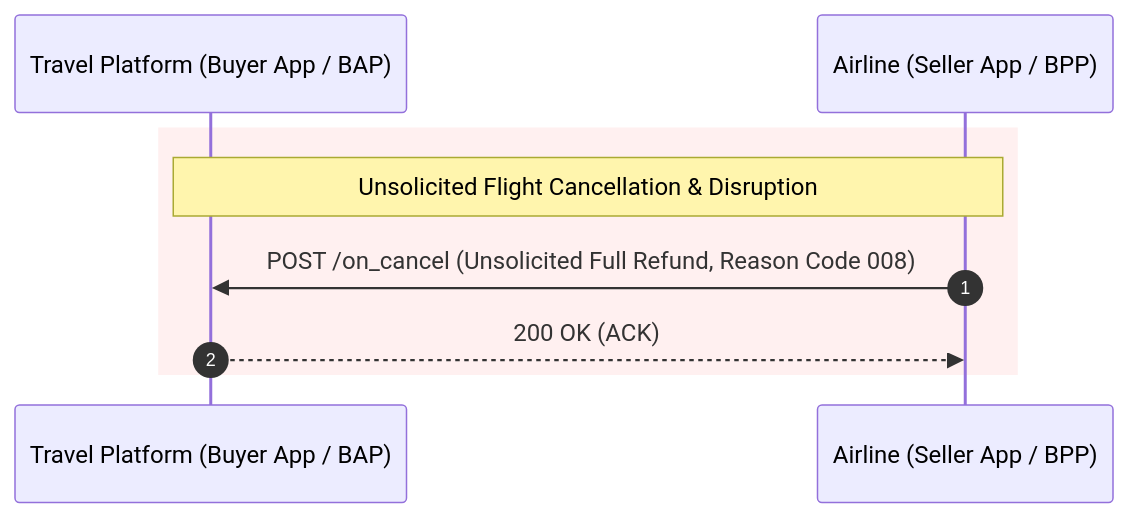
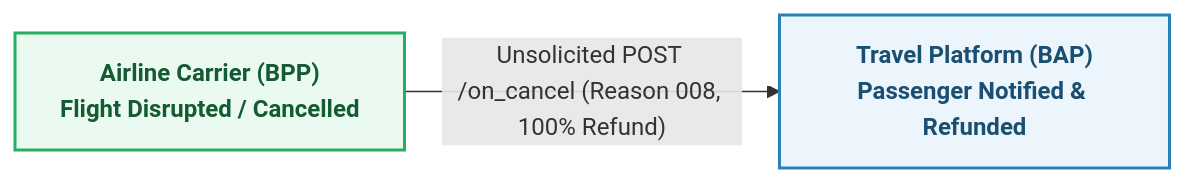
The fourth of 4 diagrams in config/docs/airline.md (ONDC-Official/automation-specifications), drawn with Mermaid before and after one commit. The commit also changed other lines of this file and 1 other file, not shown here.

````diff
--- a/config/docs/airline.md
+++ b/config/docs/airline.md
@@ -395,12 +341,10 @@
 ```mermaid
-sequenceDiagram
-    autonumber
-    participant BAP as Travel Platform (Buyer App / BAP)
-    participant BPP as Airline (Seller App / BPP)
+flowchart LR
+    classDef client fill:#EBF5FB,stroke:#2980B9,stroke-width:2px,color:#1B4F72,font-weight:bold;
+    classDef provider fill:#EAFAF1,stroke:#27AE60,stroke-width:2px,color:#145A32,font-weight:bold;
 
-    rect rgb(255, 240, 240)
-    Note over BAP,BPP: Unsolicited Flight Cancellation & Disruption
-    BPP->>BAP: POST /on_cancel (Unsolicited Full Refund, Reason Code 008)
-    BAP-->>BPP: 200 OK (ACK)
-    end
+    BPP["Airline Carrier (BPP)<br/>Flight Disrupted / Cancelled"]:::provider
+    BAP["Travel Platform (BAP)<br/>Passenger Notified & Refunded"]:::client
+
+    BPP -->|"Unsolicited POST /on_cancel (Reason 008, 100% Refund)"| BAP
 ```
````
